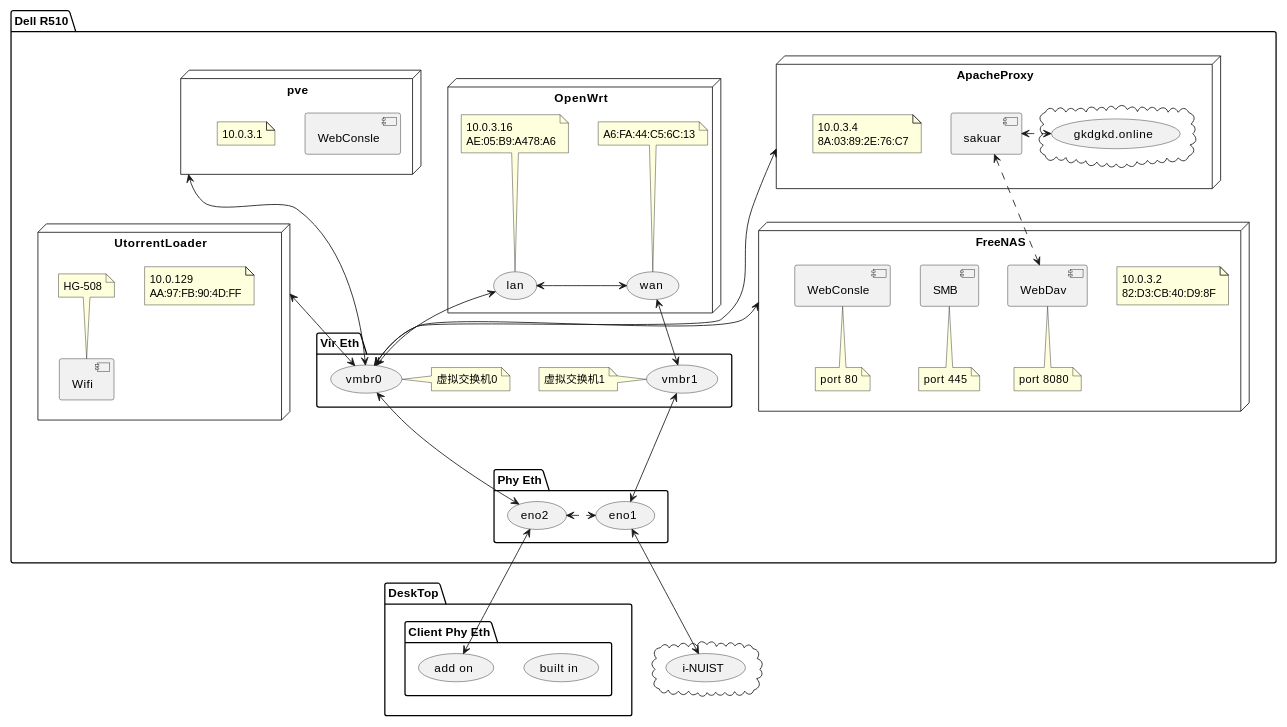
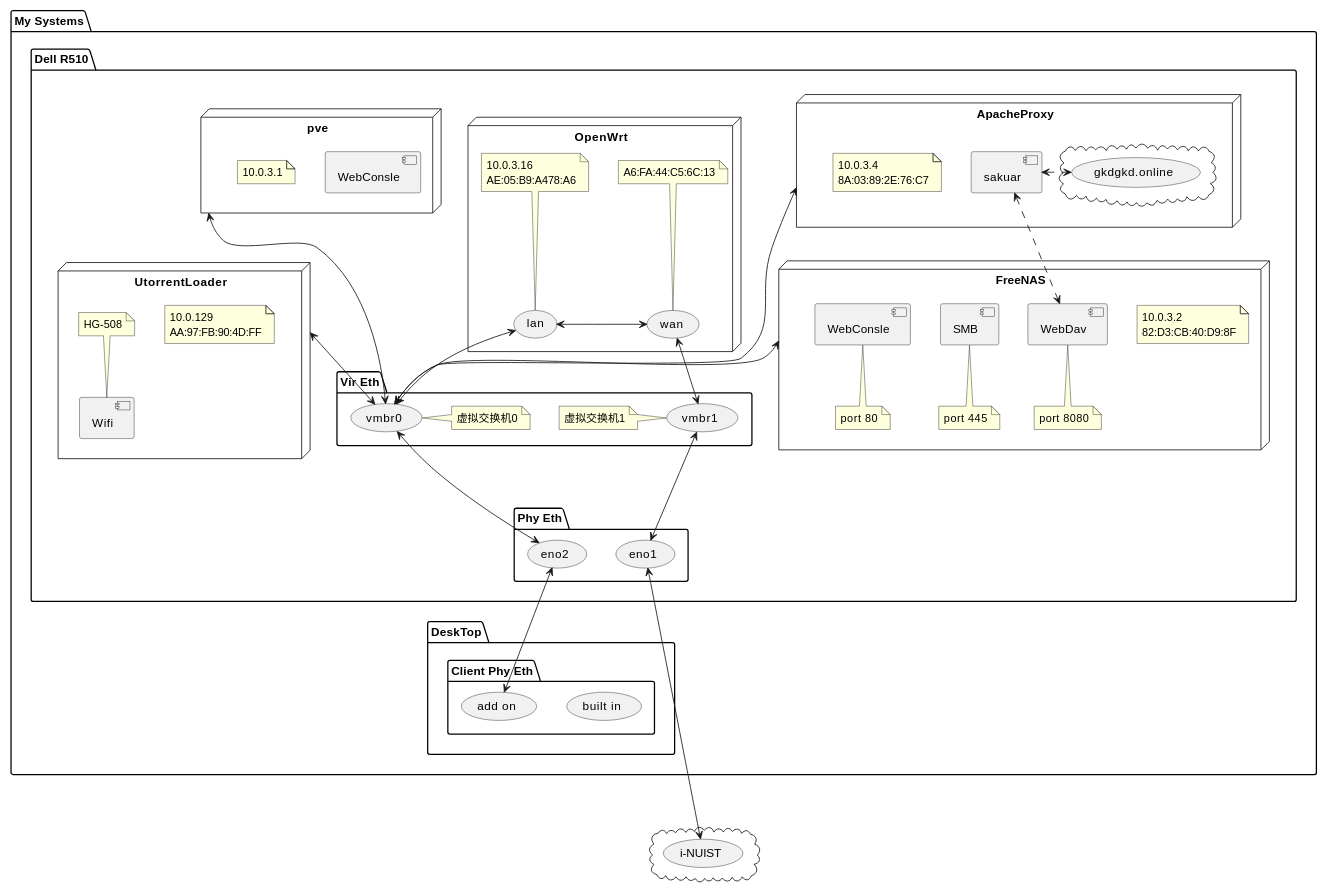
Before and after one commit to A0nameless0man/Pile: the first of 3 diagrams in Notes/MyServer.md, drawn with PlantUML. The commit also changed other lines of this file, not shown here.

Commit message:
update graph

````diff
--- a/Notes/MyServer.md
+++ b/Notes/MyServer.md
@@ -5,70 +5,71 @@
 ```puml
 scale 0.8
 cloud {
 (i-NUIST) as eth
 }
+package "My Systems"{
 
 package "Dell R510"{
   package "Phy Eth"{
     (eno1) as pe1
     (eno2) as pe2
   }
   package "Vir Eth"{
     (vmbr0) as ve0
     note right: 虚拟交换机0
     (vmbr1) as ve1
     note left: 虚拟交换机1
   }
   node "FreeNAS" as fn{
     note "10.0.3.2\n82:D3:CB:40:D9:8F" as fnaddr
     [WebDav] as WebDav
     note bottom : port 8080
     [SMB] as smb
     note bottom : port 445
     [WebConsle] as fnwc
     note bottom : port 80
   }
   node ApacheProxy as ap{
     note "10.0.3.4\n8A:03:89:2E:76:C7" as apaddr
     cloud {
       (gkdgkd.online) as gkd
     }
     [sakuar] as sa
     sa <.> gkd
   }
   node UtorrentLoader as ul{
     note "10.0.129\nAA:97:FB:90:4D:FF" as uladdr
     [Wifi] as wifi
     note top : HG-508
   }
   node "OpenWrt" as ow{
     (lan)
     note top : 10.0.3.16\nAE:05:B9:A478:A6
     (wan)
     note top : A6:FA:44:C5:6C:13
     (lan) <-> (wan)
   }
   node pve{
     [WebConsle] as wc
     note "10.0.3.1" as pveaddr
   }
   ve0 <-d--> pe2
   ve1 <-d--> pe1
   ve0 <-u-> lan
   ve1 <-u-> wan
   sa <.-> WebDav
   fn <--> ve0
   ap <--> ve0
   ul <--> ve0
   pve <---> ve0
 }
 package "DeskTop" as client{
     package "Client Phy Eth"{
     (built in) as cpe1
     (add on) as cpe2
   }
 }
-pe2 <-.r-> pe1
-pe2 <-d-> cpe2
-pe1 <-d-> eth
+}
+pe2 <--> cpe2
+pe1 <----> eth
 ```
````
